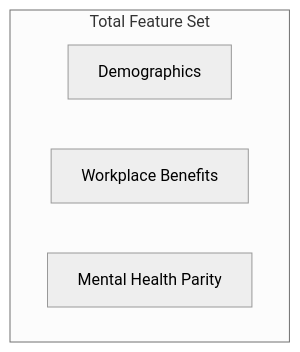
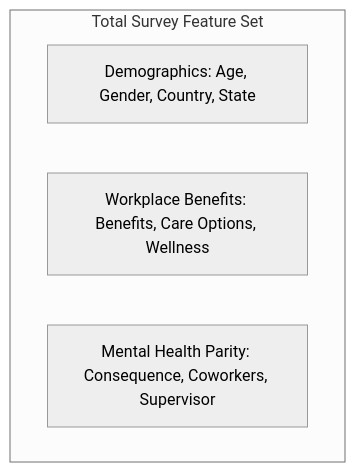
One commit to Garima09-work/workplace-mental-health-predictor changed diagram 26 of 30 in README.md. Above: the diagram before and after it, drawn with Mermaid (neutral theme). The commit also changed other lines of this file, not shown here.

````diff
--- a/README.md
+++ b/README.md
@@ -738,8 +876,8 @@
 ```mermaid
 flowchart TD
-    subgraph Total Feature Set
-        A[Demographics]
-        B[Workplace Benefits]
-        C[Mental Health Parity]
+    subgraph Total Survey Feature Set
+        A[Demographics: Age, Gender, Country, State]
+        B[Workplace Benefits: Benefits, Care Options, Wellness]
+        C[Mental Health Parity: Consequence, Coworkers, Supervisor]
     end
 ```
````
